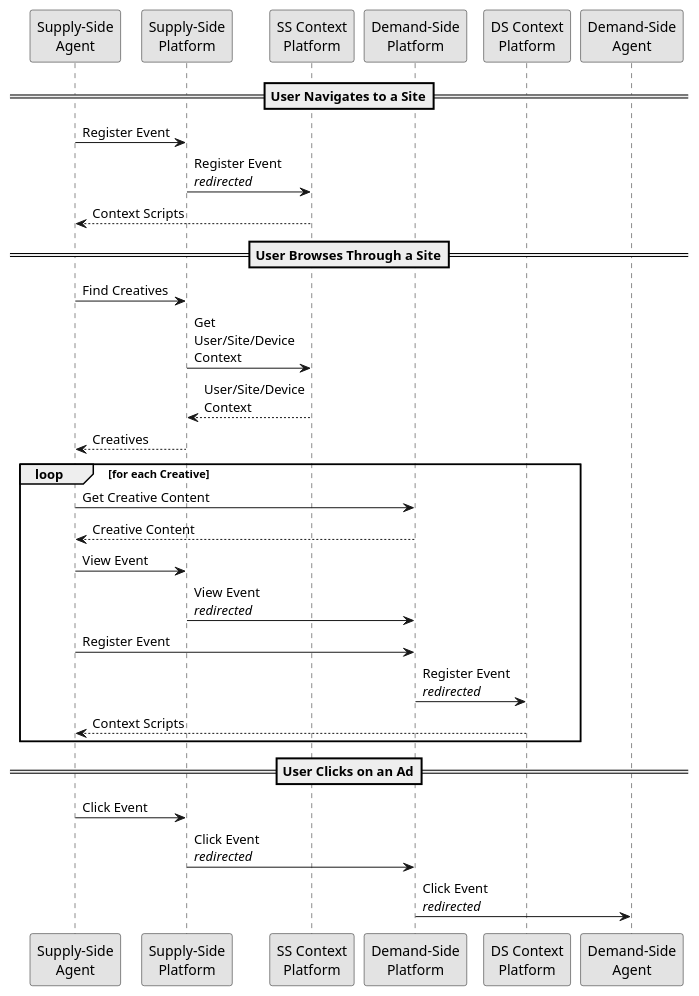
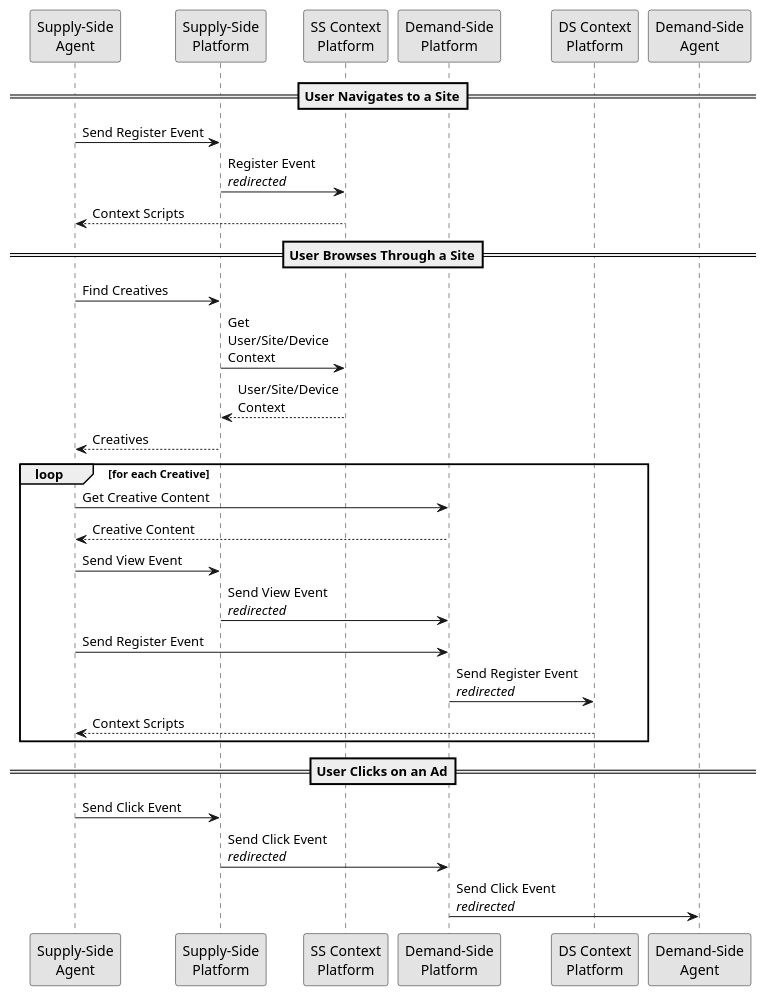
The diagram in protocol/impressions/index.rst (adshares/adshares-docs), drawn with PlantUML before and after one commit. The commit also changed other lines of this file and 26 other files, not shown here.

```diff
--- a/protocol/impressions/index.rst
+++ b/protocol/impressions/index.rst
@@ -10,40 +10,40 @@
 .. uml::
     :align: center
 
     skinparam monochrome true
 
     participant "Supply-Side\nAgent"       as SSA
     participant "Supply-Side\nPlatform"    as SSP
     participant "SS Context\nPlatform"     as SSCP
     participant "Demand-Side\nPlatform"    as DSP
     participant "DS Context\nPlatform"     as DSCP
     participant "Demand-Side\nAgent"       as DSA
 
     ==User Navigates to a Site==
 
-    SSA -> SSP : Register Event
-    SSP -> SSCP : Register Event\n//redirected//
-    SSCP --> SSA: Context Scripts
+    SSA ->      SSP     : Send Register Event
+    SSP ->      SSCP    : Register Event\n//redirected//
+    SSCP -->    SSA     : Context Scripts
 
     ==User Browses Through a Site==
 
-    SSA -> SSP : Find Creatives
-    SSP -> SSCP : Get\nUser/Site/Device\nContext
-    SSCP --> SSP : User/Site/Device\nContext
-    SSP --> SSA : Creatives
+    SSA ->      SSP     : Find Creatives
+    SSP ->      SSCP    : Get\nUser/Site/Device\nContext
+    SSCP -->    SSP     : User/Site/Device\nContext
+    SSP -->     SSA     : Creatives
 
     loop for each Creative
-        SSA -> DSP : Get Creative Content
-        DSP --> SSA : Creative Content
-        SSA -> SSP : View Event
-        SSP -> DSP: View Event\n//redirected//
-        SSA -> DSP : Register Event
-        DSP -> DSCP: Register Event\n//redirected//
-        DSCP --> SSA: Context Scripts
+        SSA ->      DSP     : Get Creative Content
+        DSP -->     SSA     : Creative Content
+        SSA ->      SSP     : Send View Event
+        SSP ->      DSP     : Send View Event\n//redirected//
+        SSA ->      DSP     : Send Register Event
+        DSP ->      DSCP    : Send Register Event\n//redirected//
+        DSCP -->    SSA     : Context Scripts
     end
     
     ==User Clicks on an Ad==
 
-    SSA -> SSP : Click Event
-    SSP -> DSP : Click Event\n//redirected//
-    DSP -> DSA : Click Event\n//redirected//
+    SSA ->      SSP     : Send Click Event
+    SSP ->      DSP     : Send Click Event\n//redirected//
+    DSP ->      DSA     : Send Click Event\n//redirected//
```
